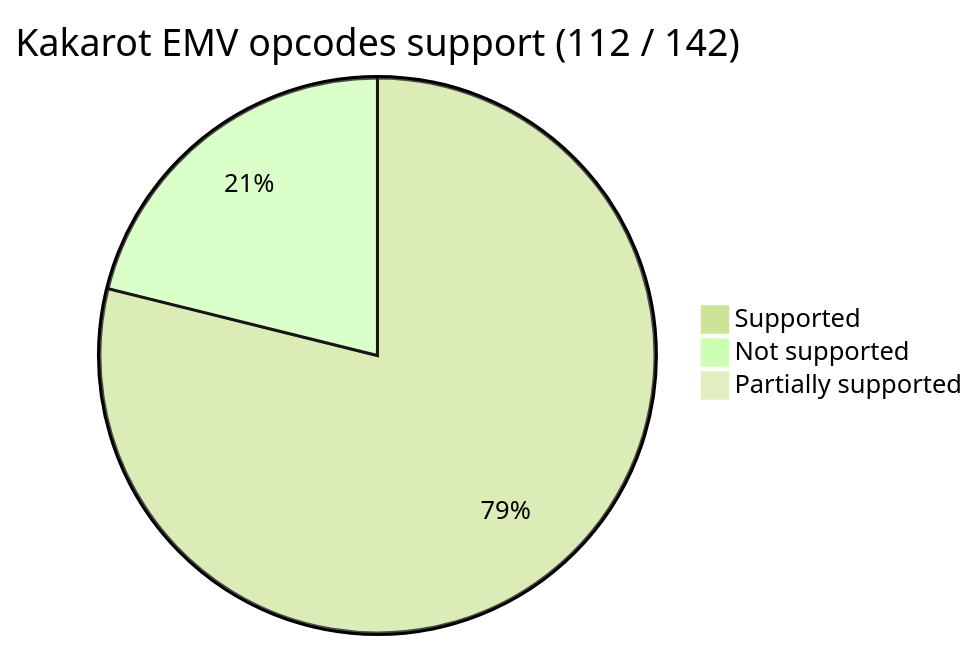
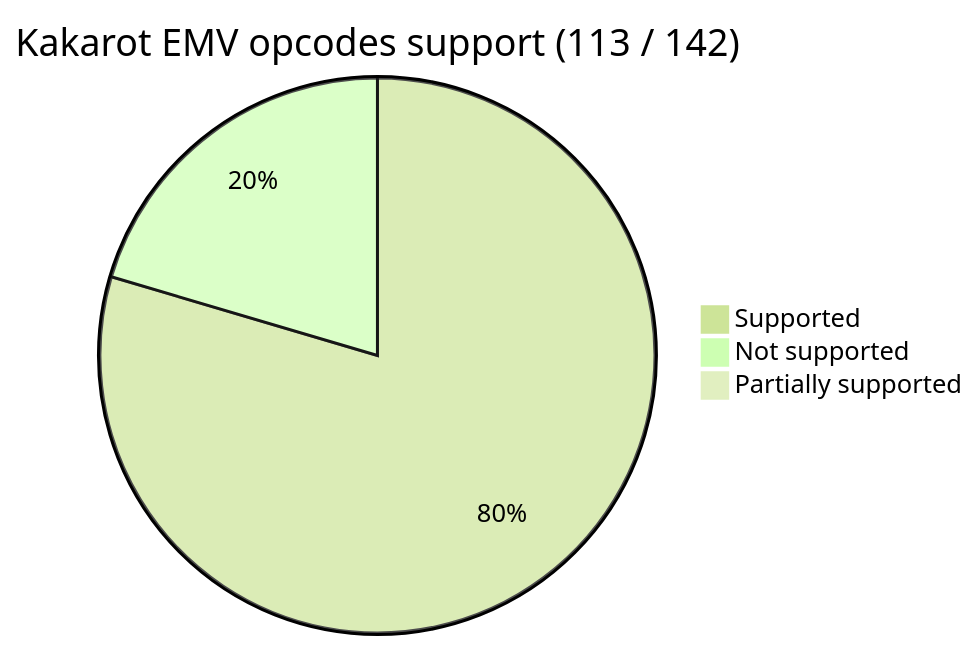
The first of 2 diagrams in README.md (kkrt-labs/kakarot), drawn with Mermaid before and after one commit. The commit also changed 2 other files, not shown here.

Commit message:
docs: updated opcount count

````diff
--- a/README.md
+++ b/README.md
@@ -38,9 +38,9 @@
 ```mermaid
 %%{init: {'theme': 'forest', 'themeVariables': { 'darkMode': 'false'}}}%%
 
-pie title Kakarot EMV opcodes support (112 / 142)
-    "Supported" : 112
-    "Not supported" : 30
+pie title Kakarot EMV opcodes support (113 / 142)
+    "Supported" : 113
+    "Not supported" : 29
 
     "Partially supported" : 0
 ```
````
